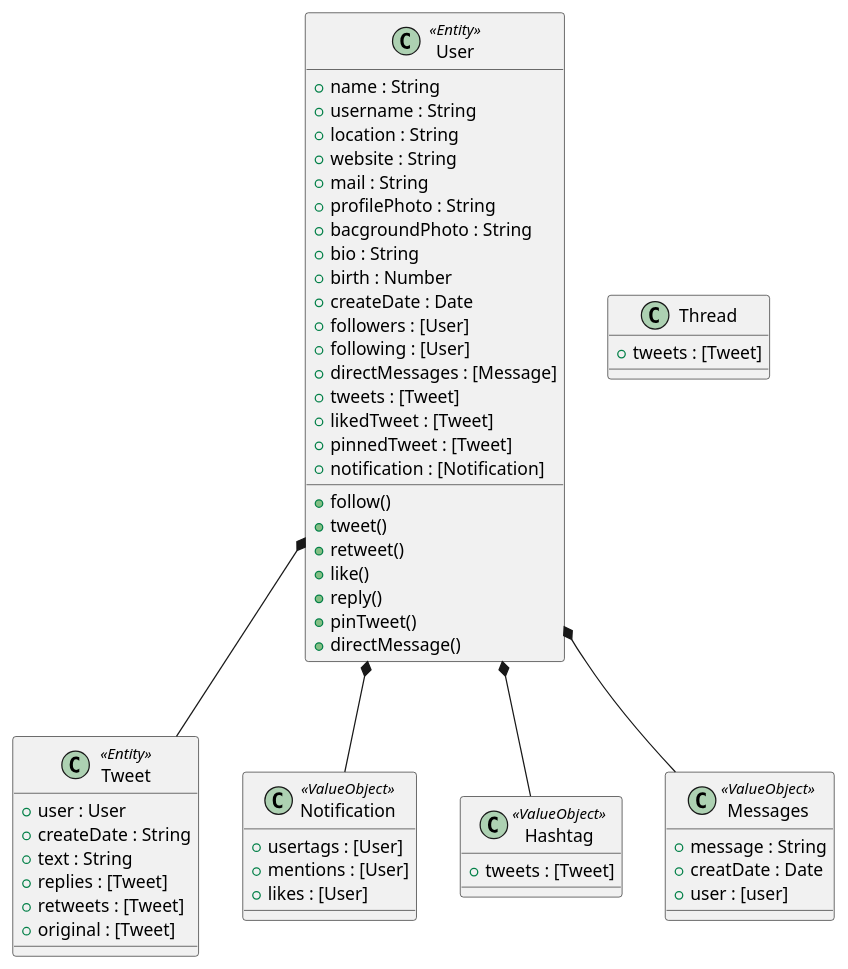
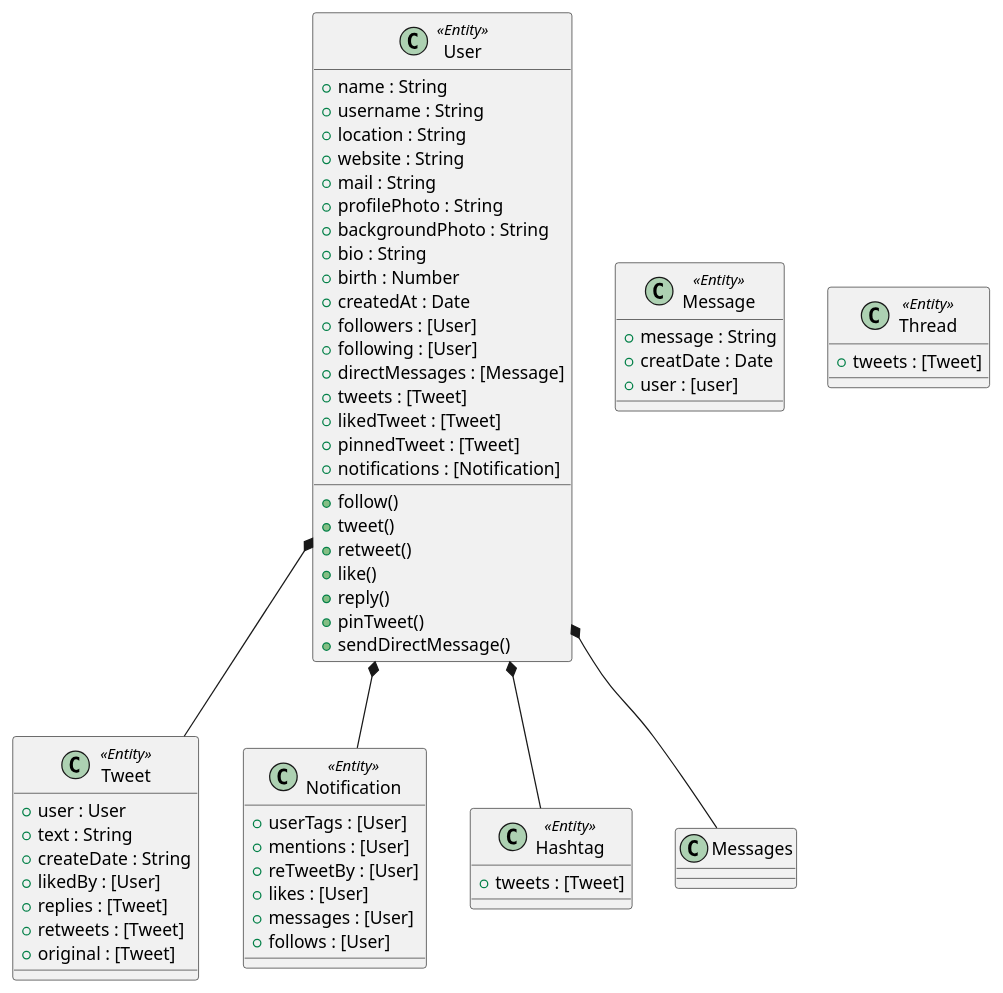
One commit to veyselusta/twitter changed the diagram in class-diagram.puml. Above: the diagram before and after it, drawn with PlantUML. The commit also changed 1 other file, not shown here.

```diff
--- a/class-diagram.puml
+++ b/class-diagram.puml
@@ -1,65 +1,69 @@
 @startuml "Class Diagram"
 
 class User <<Entity>> {
   + name : String
   + username : String
   + location : String
   + website : String
   + mail : String
   + profilePhoto : String
-  + bacgroundPhoto : String
+  + backgroundPhoto : String
   + bio : String
   + birth : Number
-  + createDate : Date
+  + createdAt : Date
   + followers : [User]
   + following : [User]
   + directMessages : [Message]
   + tweets : [Tweet]
   + likedTweet : [Tweet]
   + pinnedTweet : [Tweet]
-  + notification : [Notification]
+  + notifications : [Notification]
 
   + follow()
   + tweet()
   + retweet()
   + like()
   + reply()
   + pinTweet()
-  + directMessage()
+  + sendDirectMessage()
 }
 
 class Tweet <<Entity>> {
   + user : User
+  + text : String
   + createDate : String
-  + text : String
+  + likedBy : [User]
   + replies : [Tweet]
   + retweets : [Tweet]
   + original : [Tweet]
 }
 
-Class Notification <<ValueObject>>  {
-  + usertags : [User]
+Class Notification <<Entity>>  {
+  + userTags : [User]
   + mentions : [User]
+  + reTweetBy : [User]
   + likes : [User]
+  + messages : [User]
+  + follows : [User]
 }
 
-class Hashtag <<ValueObject>> {
+class Hashtag <<Entity>> {
   + tweets : [Tweet]
 }
 
-class Messages <<ValueObject>> {
+class Message <<Entity>> {
   + message : String
   + creatDate : Date
   + user : [user]
 }
 
-class Thread  {
+class Thread <<Entity>>  {
   + tweets : [Tweet]
 }
 
 User *-- Tweet
 User *-- Notification
 User *-- Hashtag
 User *-- Messages
 
 @enduml
```
